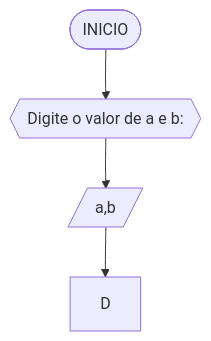
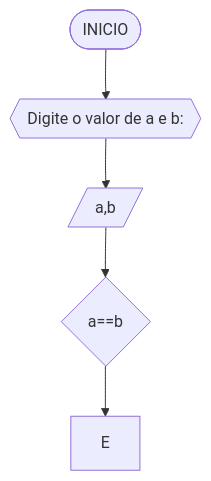
The first of 7 diagrams in rra/Unidade1/AD1.md (sdiogenes/unifor), drawn with Mermaid before and after one commit.

````diff
--- a/rra/Unidade1/AD1.md
+++ b/rra/Unidade1/AD1.md
@@ -45,6 +45,7 @@
 ```mermaid
 flowchart TD
 A([INICIO]) --> B{{"Digite o valor de a e b: "}}
 B --> C[/a,b/]
-C --> D
+C --> D{a==b}
+D --> E
 ```
````
